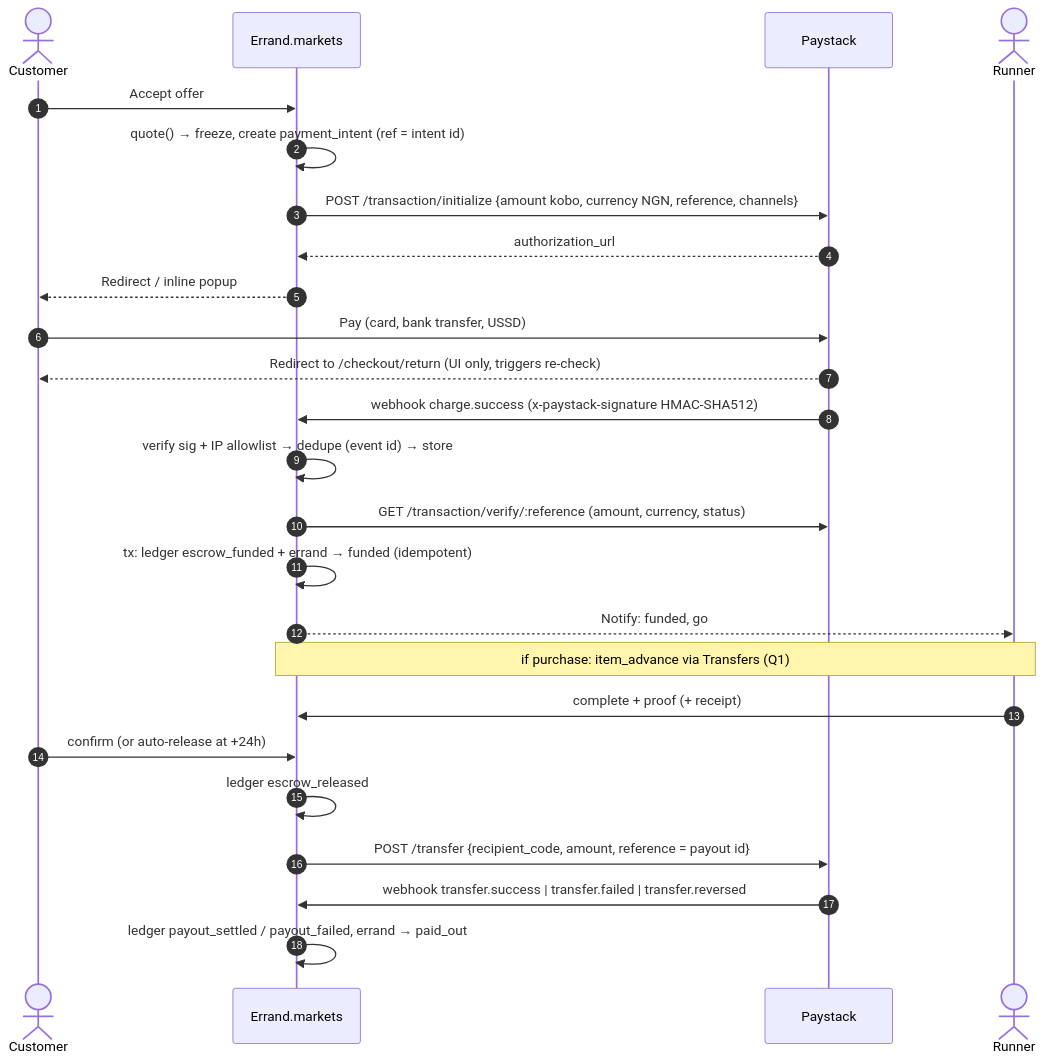
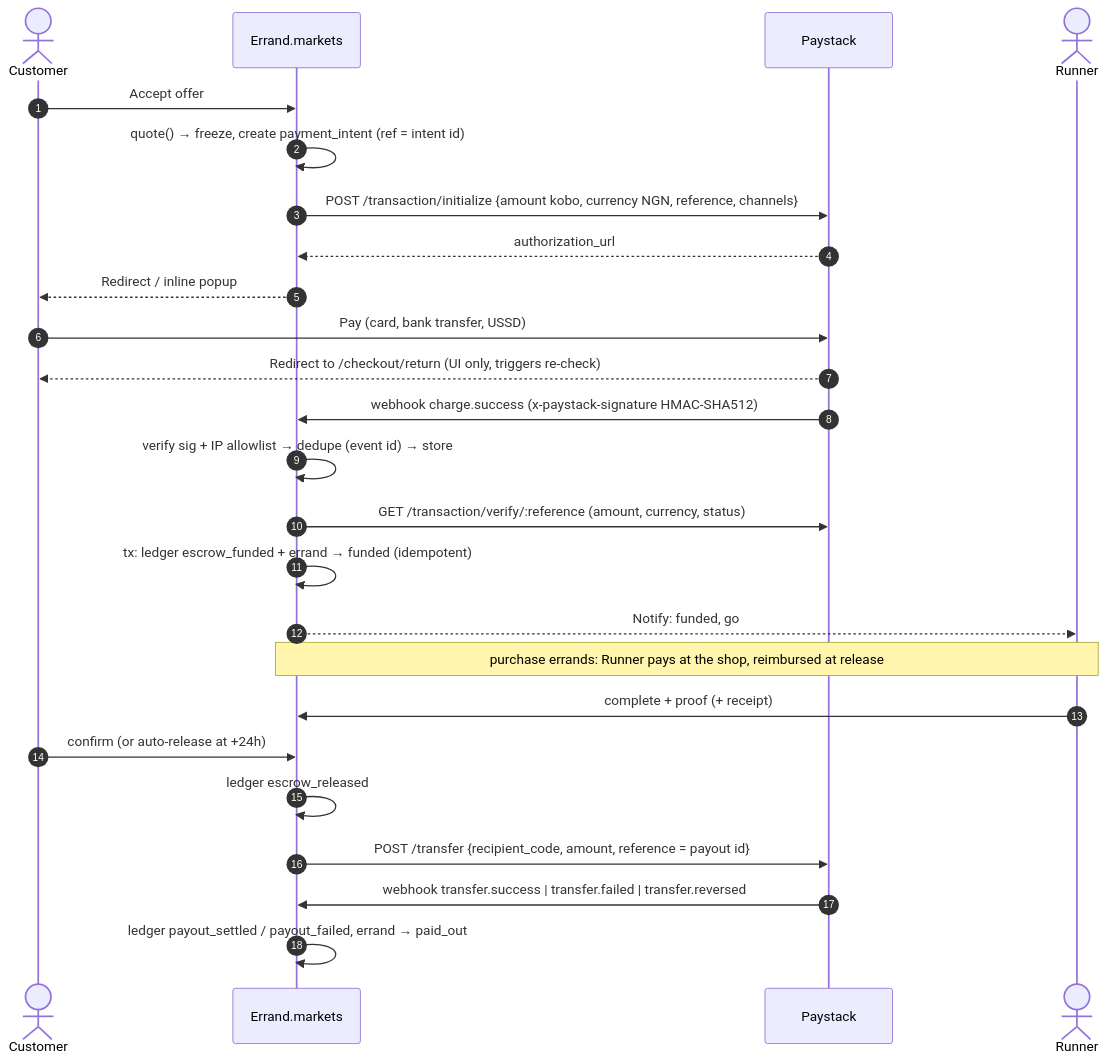
One commit to web3vee/Errand.Markets changed the first of 2 diagrams in docs/architecture/04-payments-and-ledger.md. Above: the diagram before and after it, drawn with Mermaid. The commit also changed other lines of this file and 26 other files, not shown here.

````diff
--- a/docs/architecture/04-payments-and-ledger.md
+++ b/docs/architecture/04-payments-and-ledger.md
@@ -67,27 +66,27 @@
 ```mermaid
 sequenceDiagram
   autonumber
   actor Cu as Customer
   participant App as Errand.markets
   participant PS as Paystack
   actor Ru as Runner
   Cu->>App: Accept offer
   App->>App: quote() → freeze, create payment_intent (ref = intent id)
   App->>PS: POST /transaction/initialize {amount kobo, currency NGN, reference, channels}
   PS-->>App: authorization_url
   App-->>Cu: Redirect / inline popup
   Cu->>PS: Pay (card, bank transfer, USSD)
   PS-->>Cu: Redirect to /checkout/return (UI only, triggers re-check)
   PS->>App: webhook charge.success (x-paystack-signature HMAC-SHA512)
   App->>App: verify sig + IP allowlist → dedupe (event id) → store
   App->>PS: GET /transaction/verify/:reference (amount, currency, status)
   App->>App: tx: ledger escrow_funded + errand → funded (idempotent)
   App-->>Ru: Notify: funded, go
-  Note over App,Ru: if purchase: item_advance via Transfers (Q1)
+  Note over App,Ru: purchase errands: Runner pays at the shop, reimbursed at release
   Ru->>App: complete + proof (+ receipt)
   Cu->>App: confirm (or auto-release at +24h)
   App->>App: ledger escrow_released
   App->>PS: POST /transfer {recipient_code, amount, reference = payout id}
   PS->>App: webhook transfer.success | transfer.failed | transfer.reversed
   App->>App: ledger payout_settled / payout_failed, errand → paid_out
 ```
````
